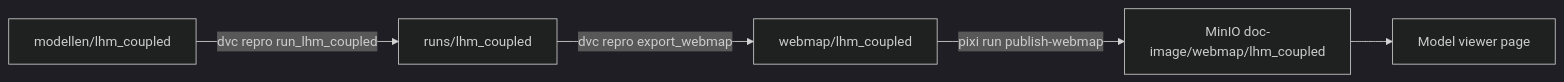
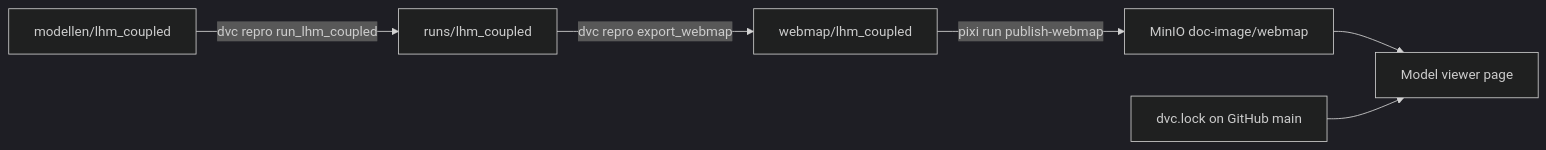
One commit to Deltares/Ribasim-NL changed the diagram in docs/dev/viewer.qmd. Above: the diagram before and after it, drawn with Mermaid (dark theme). The commit also changed other lines of this file and 9 other files, not shown here.

First line of the commit message:
Always show main in the model viewer, and publish previews of pull requests

````diff
--- a/docs/dev/viewer.qmd
+++ b/docs/dev/viewer.qmd
@@ -8,7 +9,8 @@
 ```{mermaid}
 flowchart LR
   A[modellen/lhm_coupled] -->|dvc repro run_lhm_coupled| R[runs/lhm_coupled]
   R -->|dvc repro export_webmap| B[webmap/lhm_coupled]
-  B -->|pixi run publish-webmap| C[MinIO doc-image/webmap/lhm_coupled]
+  B -->|pixi run publish-webmap| C[MinIO doc-image/webmap]
   C --> D[Model viewer page]
+  L[dvc.lock on GitHub main] --> D
 ```
````
